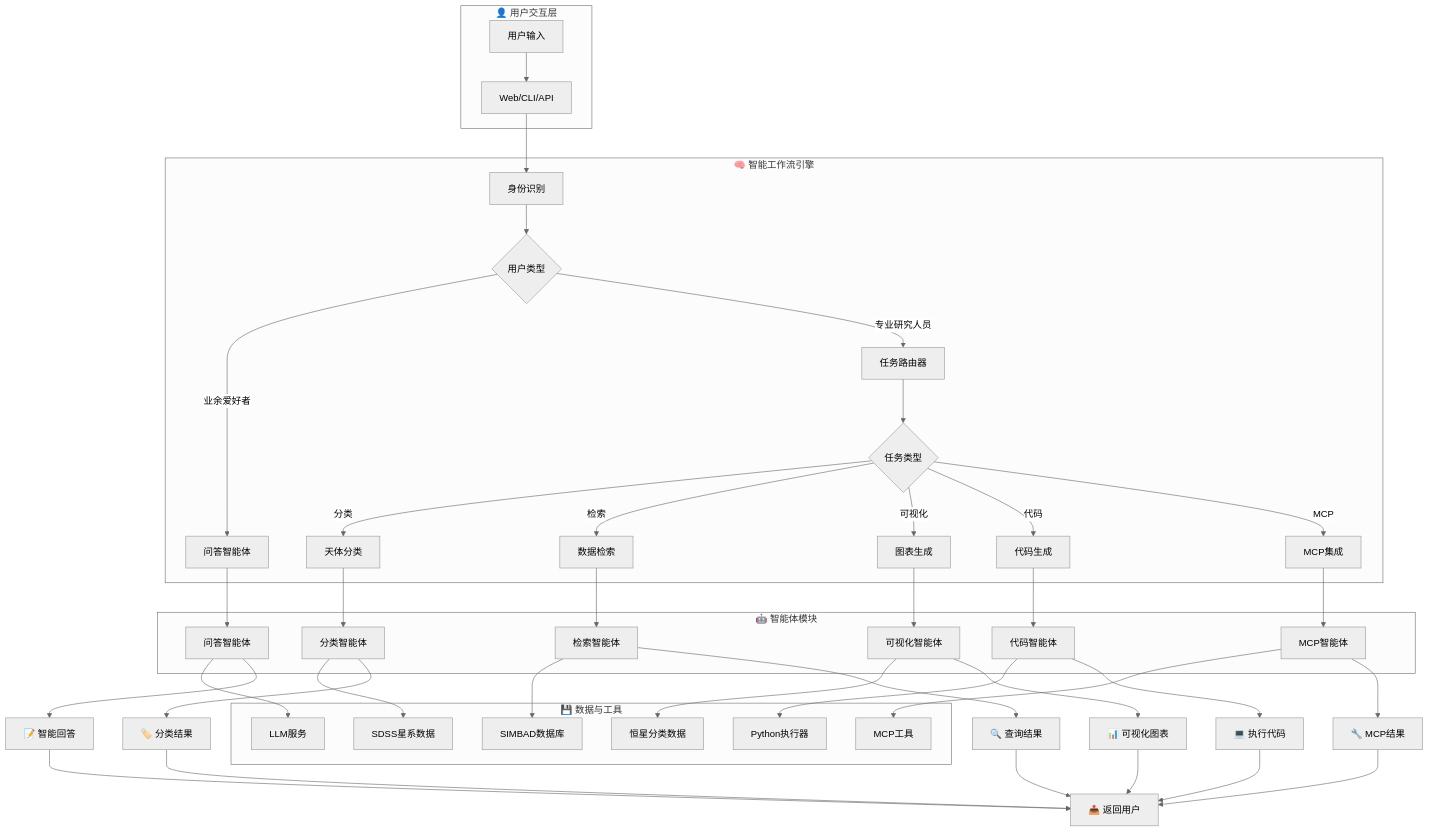
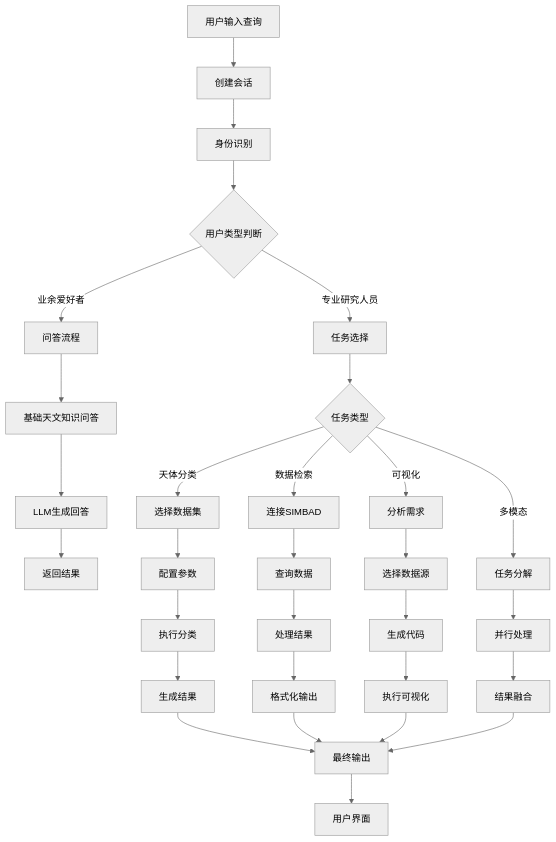
One commit to xinzhuwang-wxz/Astro-Insight-official changed the diagram in README.md. Above: the diagram before and after it, drawn with Mermaid (neutral theme). The commit also changed other lines of this file, not shown here.

Commit message:
简化README系统架构图

````diff
--- a/README.md
+++ b/README.md
@@ -104,66 +104,40 @@
 ```mermaid
-graph TB
-    subgraph "👤 用户交互层"
-        A[用户输入] --> B[Web/CLI/API]
-    end
+graph TD
+    A[用户输入查询] --> B[创建会话]
+    B --> C[身份识别]
+    C --> D{用户类型判断}
     
-    subgraph "🧠 智能工作流引擎"
-        B --> C[身份识别]
-        C --> D{用户类型}
-        D -->|业余爱好者| E[问答智能体]
-        D -->|专业研究人员| F[任务路由器]
-        
-        F --> G{任务类型}
-        G -->|分类| H[天体分类]
-        G -->|检索| I[数据检索]
-        G -->|可视化| J[图表生成]
-        G -->|代码| K[代码生成]
-        G -->|MCP| L[MCP集成]
-    end
+    D -->|业余爱好者| E[问答流程]
+    D -->|专业研究人员| F[任务选择]
     
-    subgraph "🤖 智能体模块"
-        M[问答智能体]
-        N[分类智能体]
-        O[检索智能体]
-        P[可视化智能体]
-        Q[代码智能体]
-        R[MCP智能体]
-    end
+    E --> G[基础天文知识问答]
+    G --> H[LLM生成回答]
+    H --> I[返回结果]
     
-    subgraph "💾 数据与工具"
-        S[SDSS星系数据]
-        T[恒星分类数据]
-        U[SIMBAD数据库]
-        V[LLM服务]
-        W[Python执行器]
-        X[MCP工具]
-    end
+    F --> J{任务类型}
+    J -->|天体分类| K[选择数据集]
+    J -->|数据检索| L[连接SIMBAD]
+    J -->|可视化| M[分析需求]
+    J -->|多模态| N[任务分解]
     
-    E --> M
-    H --> N
-    I --> O
-    J --> P
-    K --> Q
-    L --> R
+    K --> O[配置参数]
+    O --> P[执行分类]
+    P --> Q[生成结果]
     
-    M --> V
-    N --> S
-    O --> U
-    P --> T
-    Q --> W
-    R --> X
+    L --> R[查询数据]
+    R --> S[处理结果]
+    S --> T[格式化输出]
     
-    M --> Y[📝 智能回答]
-    N --> Z[🏷️ 分类结果]
-    O --> AA[🔍 查询结果]
-    P --> BB[📊 可视化图表]
-    Q --> CC[💻 执行代码]
-    R --> DD[🔧 MCP结果]
+    M --> U[选择数据源]
+    U --> V[生成代码]
+    V --> W[执行可视化]
     
-    Y --> EE[📤 返回用户]
-    Z --> EE
-    AA --> EE
-    BB --> EE
-    CC --> EE
-    DD --> EE
+    N --> X[并行处理]
+    X --> Y[结果融合]
+    
+    Q --> Z[最终输出]
+    T --> Z
+    W --> Z
+    Y --> Z
+    Z --> AA[用户界面]
 ```
````
